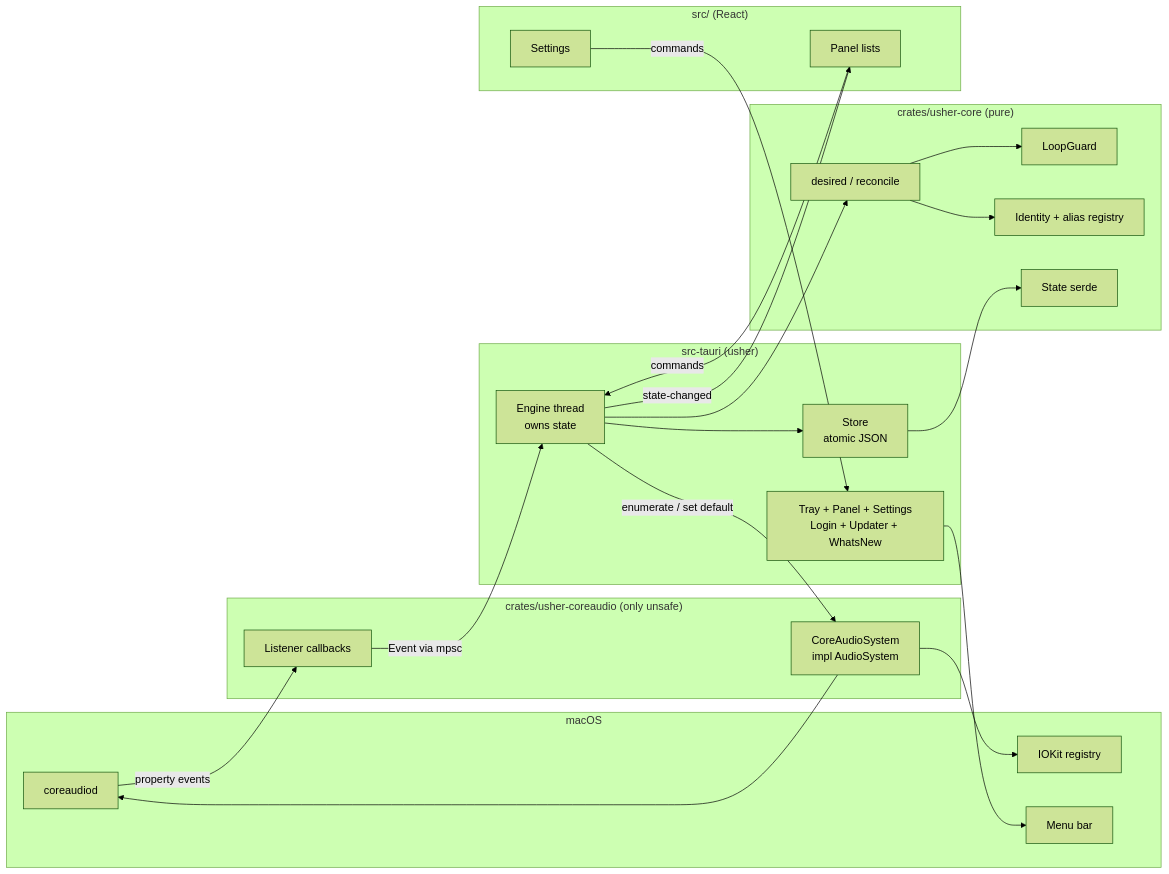
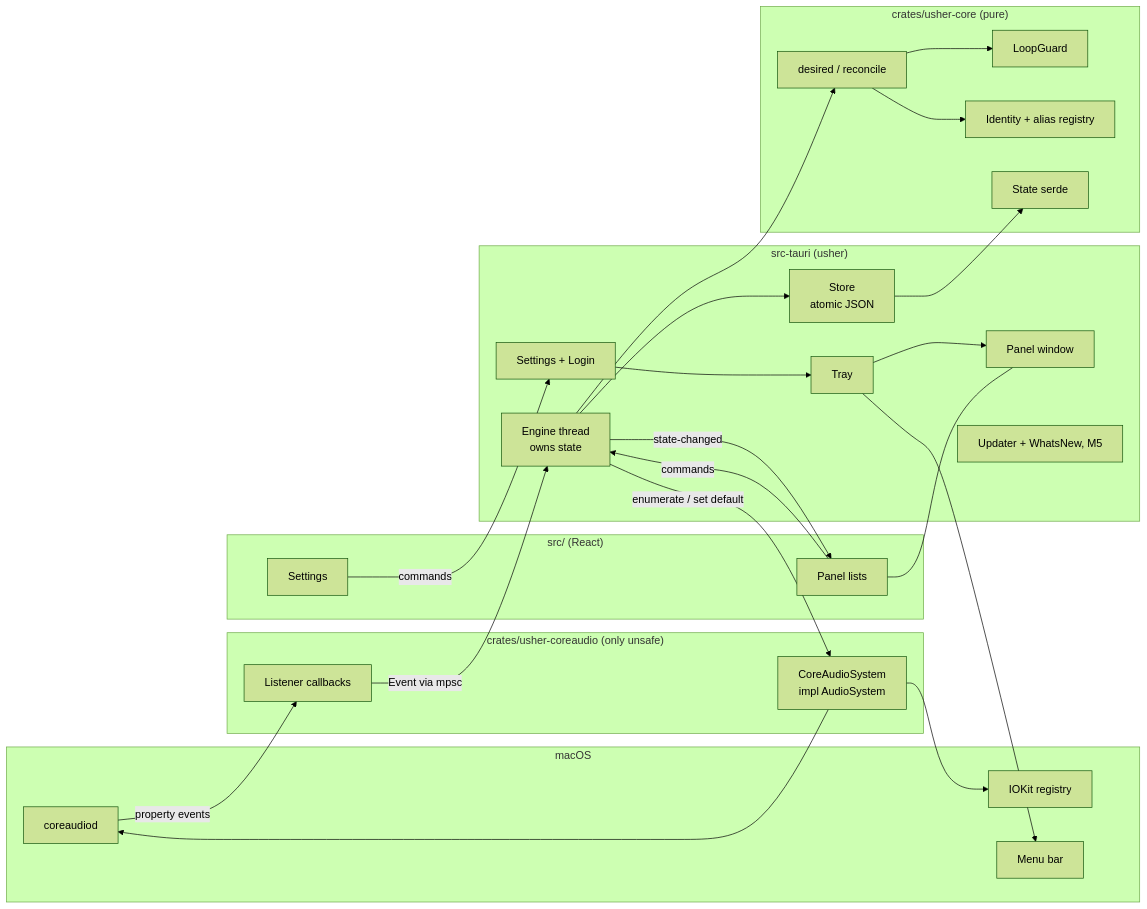
The first of 5 diagrams in docs/architecture/overview.md (cef62/usher), drawn with Mermaid (forest theme) before and after one commit. The commit also changed other lines of this file and 6 other files, not shown here.

Commit message:
docs: ADR 0007, M4 QA rows, architecture and roadmap updates

````diff
--- a/docs/architecture/overview.md
+++ b/docs/architecture/overview.md
@@ -7,46 +7,52 @@
 ```mermaid
 flowchart LR
   subgraph macOS
     CA[coreaudiod]
     IOK[IOKit registry]
     TRAY[Menu bar]
   end
 
   subgraph coreaudio["crates/usher-coreaudio (only unsafe)"]
     SYS[CoreAudioSystem<br/>impl AudioSystem]
     LIS[Listener callbacks]
   end
 
   subgraph core["crates/usher-core (pure)"]
     POL[desired / reconcile]
     GUARD[LoopGuard]
     ID[Identity + alias registry]
     ST[State serde]
   end
 
   subgraph app["src-tauri (usher)"]
     ENG[Engine thread<br/>owns state]
     STORE[Store<br/>atomic JSON]
-    SHELL[Tray + Panel + Settings<br/>Login + Updater + WhatsNew]
+    TRAYW[Tray]
+    PW[Panel window]
+    SL[Settings + Login]
+    UPD[Updater + WhatsNew, M5]
   end
 
   subgraph ui["src/ (React)"]
     PANEL[Panel lists]
     SET[Settings]
   end
 
   CA -- property events --> LIS
   LIS -- Event via mpsc --> ENG
   ENG -- enumerate / set default --> SYS
   SYS --> CA
   SYS --> IOK
   ENG --> POL
   POL --> GUARD
   POL --> ID
   ENG --> STORE
   STORE --> ST
   ENG -- state-changed --> PANEL
   PANEL -- commands --> ENG
-  SHELL --> TRAY
-  SET -- commands --> SHELL
+  TRAYW --> TRAY
+  TRAYW --> PW
+  SL --> TRAYW
+  PANEL --- PW
+  SET -- commands --> SL
 ```
````
